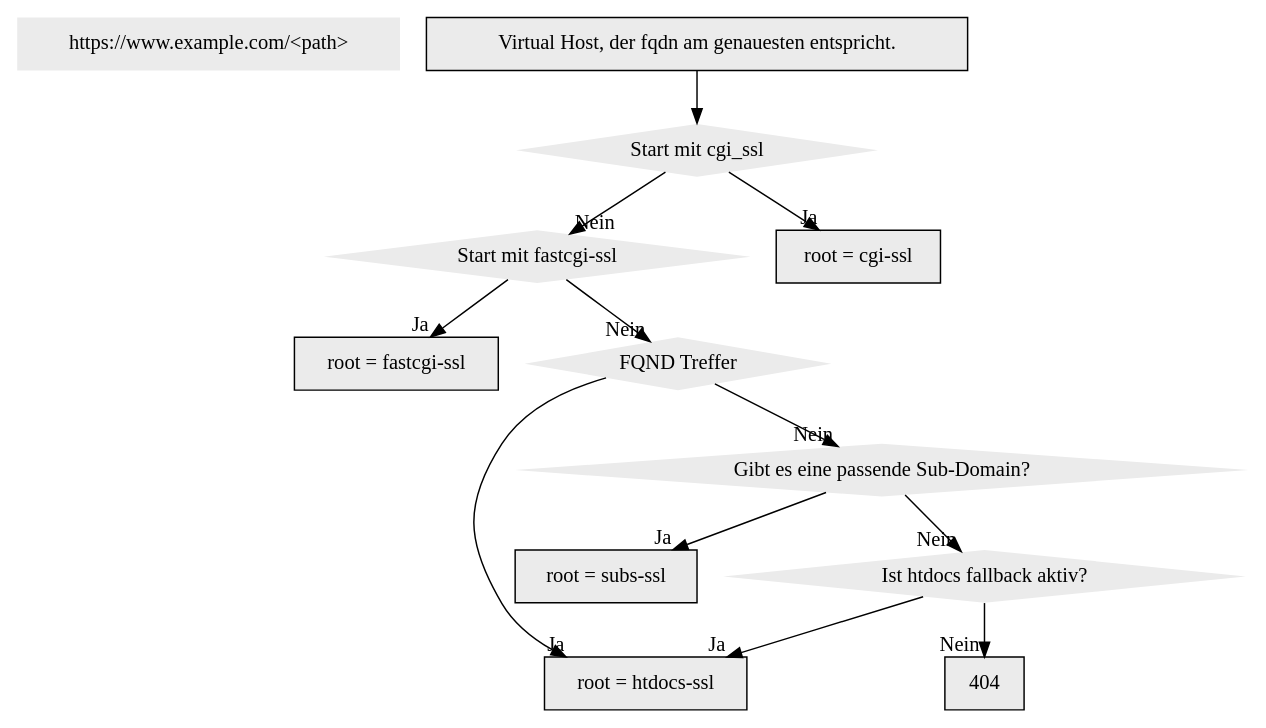
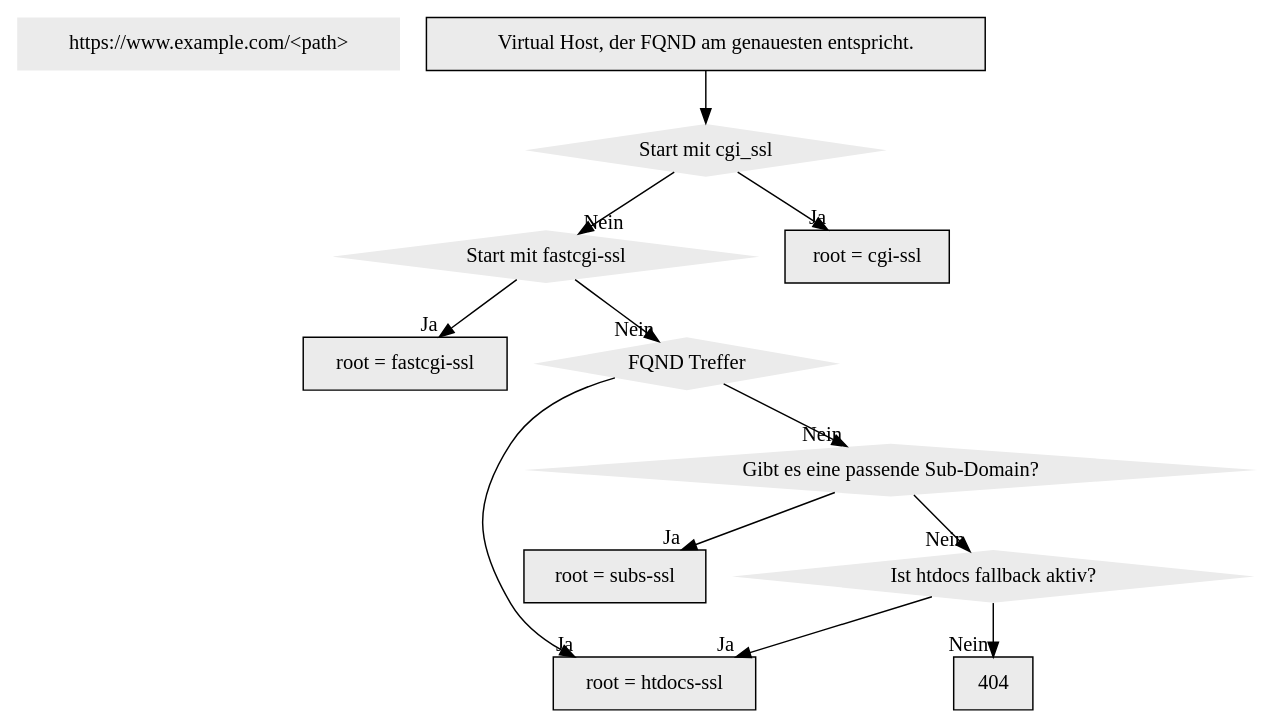
Before and after one commit to hostsharing/hs.docs.users: the diagram in source/administration/domain/filemap-mit-ssl.dot, drawn with Graphviz.

Commit message:
remove type error

```diff
--- a/source/administration/domain/filemap-mit-ssl.dot
+++ b/source/administration/domain/filemap-mit-ssl.dot
@@ -1,30 +1,30 @@
 digraph d  { 
 	node [peripheries=0, style=filled, fillcolor="grey92", font=Helvetica, fontcolor=black]
 
 	enquire_information [shape=box, label="https://www.example.com/<path>" ]
 
 
-    vh_check_fqdn [shape=record, label="Virtual Host, der fqdn am genauesten entspricht."]
+    vh_check_fqdn [shape=record, label="Virtual Host, der FQND am genauesten entspricht."]
 	path_cgi_bin [shape=diamond, label="Start mit cgi_ssl"]
 	path_fastcgi [shape=diamond, label="Start mit fastcgi-ssl"]
 	root_cgi_bin [shape=record, label="root = cgi-ssl"]
 	root_fastcgi [shape=record, label="root = fastcgi-ssl"]
 	fqdn_matches [shape=diamond, label="FQND Treffer"]
 	root_htdocs_ok [shape=record, label="root = htdocs-ssl"]
 	root_search_in_subs [shape=diamond, label="Gibt es eine passende Sub-Domain?"]
     root_subs_ok [shape=record, label="root = subs-ssl"]
 	htdocsfallback_subs [shape=diamond, label="Ist htdocs fallback aktiv?" ]
 	404 [shape=record, label="404"] 
         
 	vh_check_fqdn -> path_cgi_bin 
 	path_cgi_bin -> root_cgi_bin [headlabel="Ja"]
     path_cgi_bin -> path_fastcgi [headlabel="Nein"]   
 	path_fastcgi -> root_fastcgi [headlabel="Ja"]
 	path_fastcgi -> fqdn_matches [headlabel="Nein"] 
 	fqdn_matches -> root_htdocs_ok [headlabel="Ja"]
 	fqdn_matches -> root_search_in_subs [headlabel="Nein"]
 	root_search_in_subs -> root_subs_ok [headlabel="Ja"]
 	root_search_in_subs -> htdocsfallback_subs [headlabel="Nein"]
 	htdocsfallback_subs -> root_htdocs_ok [headlabel="Ja"]
 	htdocsfallback_subs -> 404 [headlabel="Nein"]
 }
```
